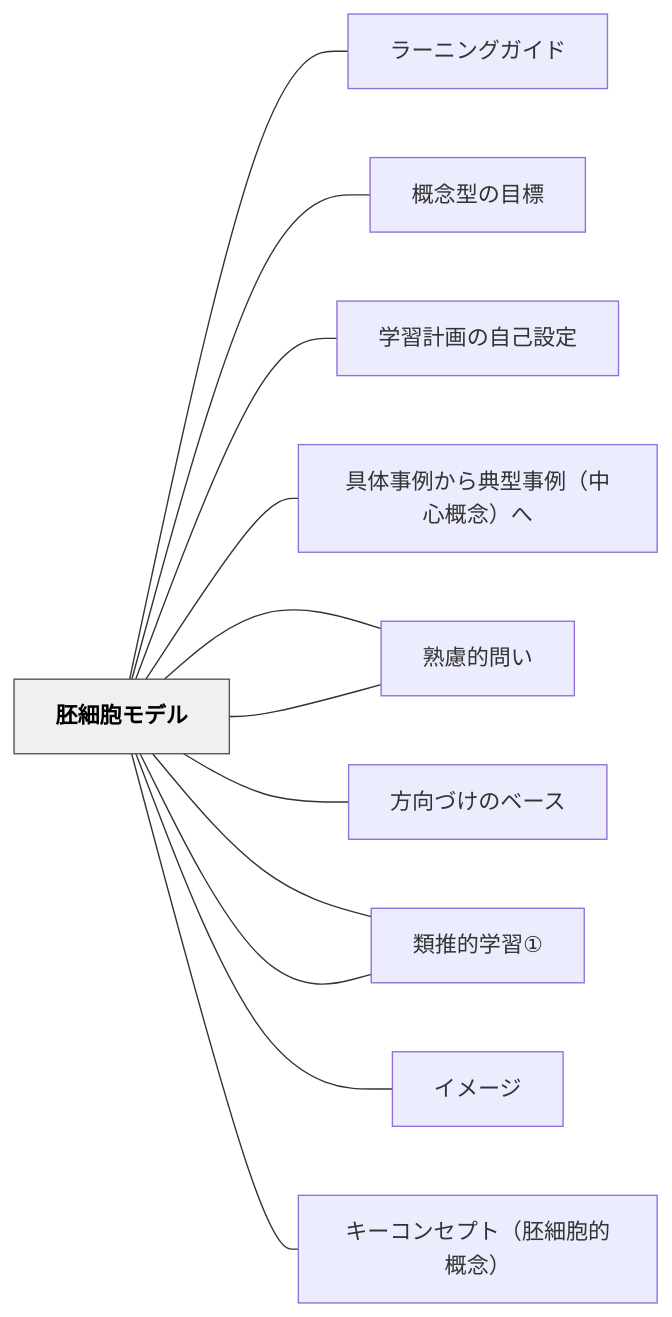
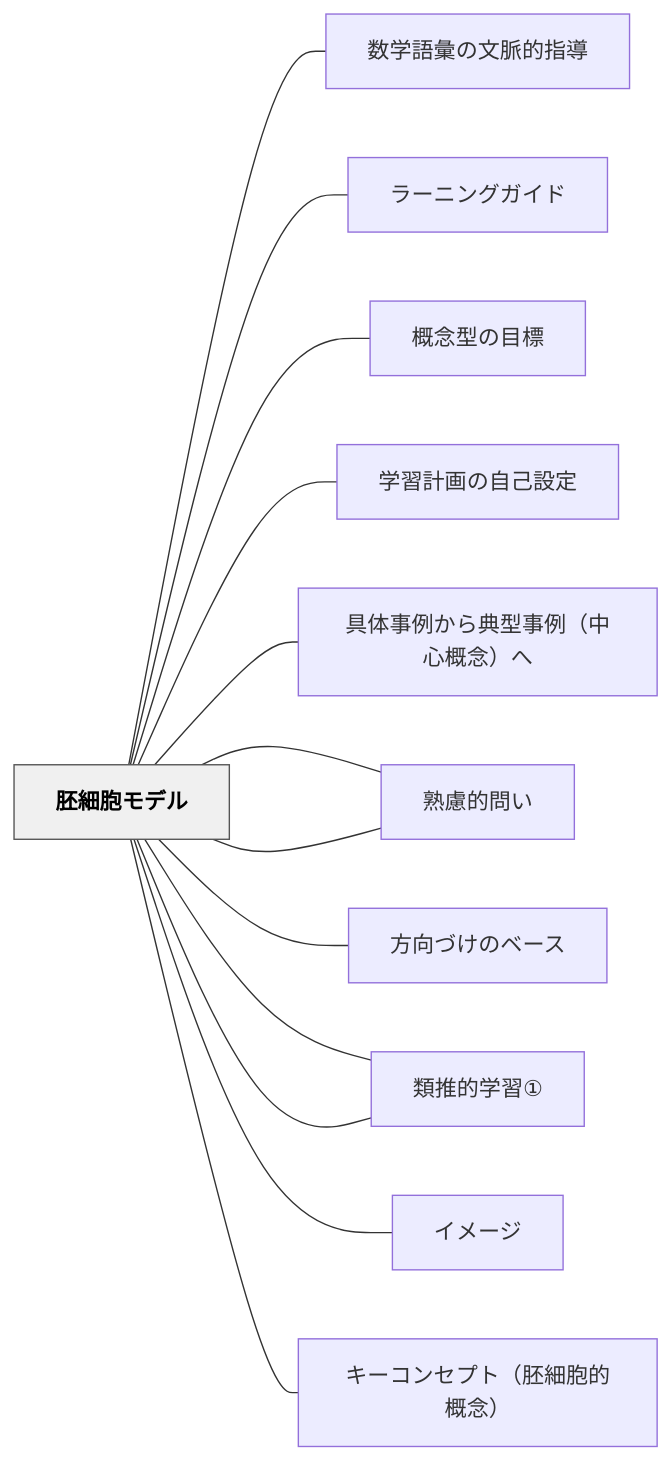
Before and after one commit to unknownthings-ed-patterns/unknownthings-ed-patterns: the diagram in content/パタン/胚細胞モデル.md, drawn with Mermaid. The commit also changed other lines of this file and 47 other files, not shown here.

````diff
--- a/content/パタン/胚細胞モデル.md
+++ b/content/パタン/胚細胞モデル.md
@@ -138,30 +139,32 @@
 ```mermaid
 flowchart LR
     ne8839ae7b4b0["胚細胞モデル"]
+    ne695b0e5ada6["数学語彙の文脈的指導"]
     ne383a9e383bc["ラーニングガイド"]
     ne6a682e5bfb5["概念型の目標"]
     ne5ada6e7bf92["学習計画の自己設定"]
     ne585b7e4bd93["具体事例から典型事例（中心概念）へ"]
     ne7869fe685ae["熟慮的配列"]
     ne696b9e59091["方向づけのベース"]
     ne9a19ee68ea8["類推的学習③"]
     ne382a4e383a1["イメージ"]
     ne9a19ee68ea8["類推的学習①"]
     ne7869fe685ae["熟慮的問い"]
     ne382ade383bc["キーコンセプト（胚細胞的概念）"]
 
+    ne8839ae7b4b0 --- ne695b0e5ada6
     ne8839ae7b4b0 --- ne383a9e383bc
     ne8839ae7b4b0 --- ne6a682e5bfb5
     ne8839ae7b4b0 --- ne5ada6e7bf92
     ne8839ae7b4b0 --- ne585b7e4bd93
     ne8839ae7b4b0 --- ne7869fe685ae
     ne8839ae7b4b0 --- ne696b9e59091
     ne8839ae7b4b0 --- ne9a19ee68ea8
     ne8839ae7b4b0 --- ne382a4e383a1
     ne8839ae7b4b0 --- ne9a19ee68ea8
     ne8839ae7b4b0 --- ne7869fe685ae
     ne8839ae7b4b0 --- ne382ade383bc
 
     classDef hub fill:#f0f0f0,stroke:#555,color:#000,font-weight:bold
     class ne8839ae7b4b0 hub
 ```
````
